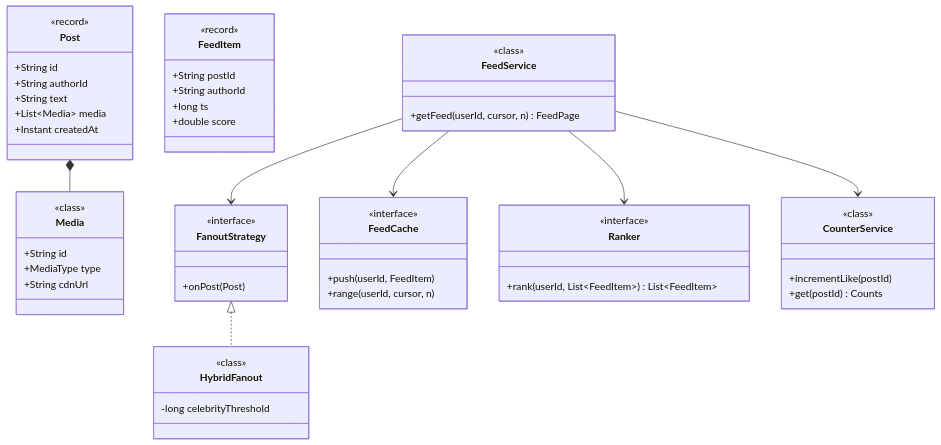
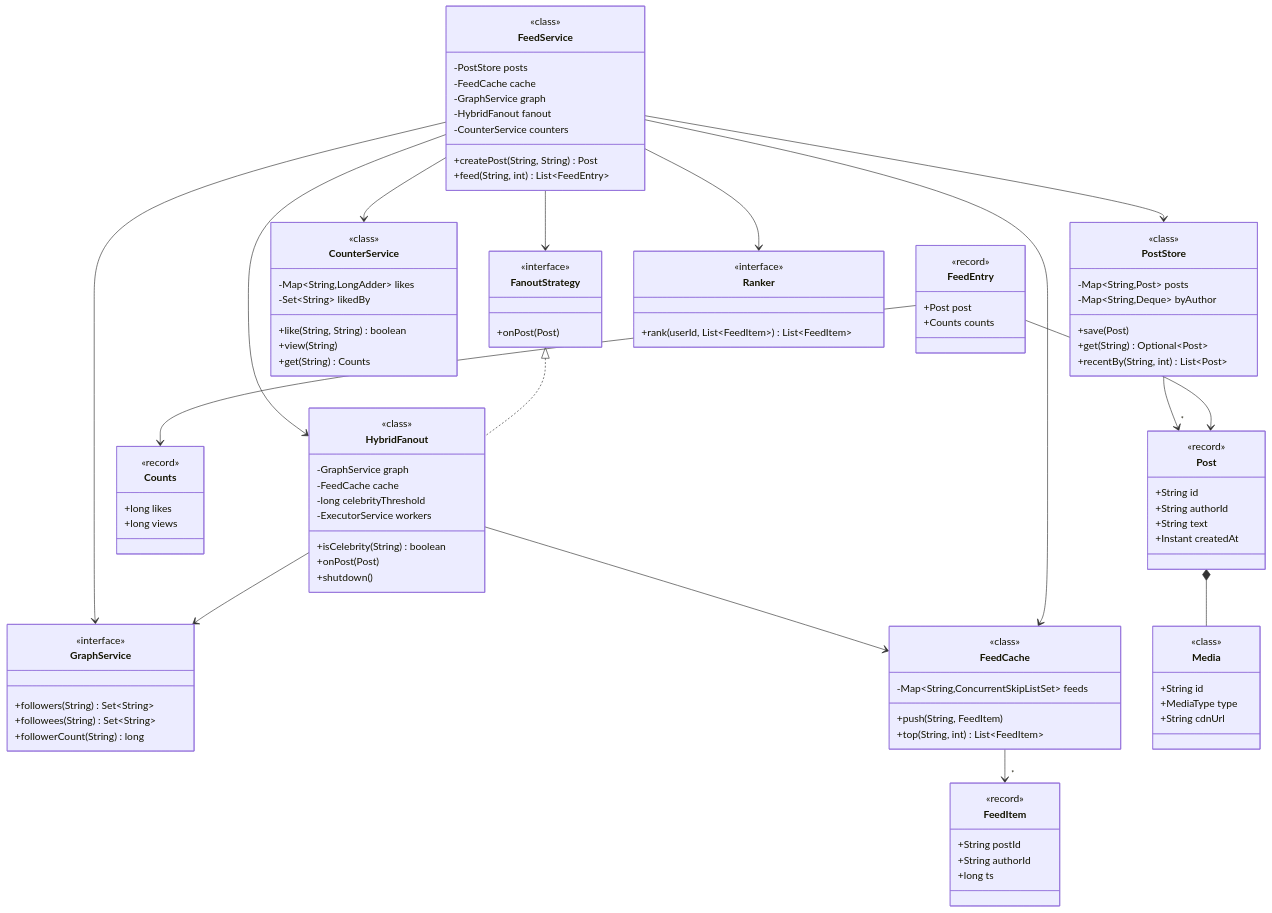
One commit to amarkum/amarkumar.guru changed the first of 2 diagrams in system-design/lld/14-news-feed.md. Above: the diagram before and after it, drawn with Mermaid. The commit also changed 27 other files, not shown here.

Commit message:
Rebuild every UML class diagram from its Java code, add a notes progress tracker, and make diagrams readable with zoom and a legend.

````diff
--- a/system-design/lld/14-news-feed.md
+++ b/system-design/lld/14-news-feed.md
@@ -39,46 +39,89 @@
 ```mermaid
 classDiagram
     class Post {
+      <<record>>
       +String id
       +String authorId
       +String text
-      +List~Media~ media
       +Instant createdAt
-    }
-    class Media {
-      +String id
-      +MediaType type
-      +String cdnUrl
     }
     class FeedItem {
       <<record>>
       +String postId
       +String authorId
       +long ts
-      +double score
+    }
+    class Counts {
+      <<record>>
+      +long likes
+      +long views
+    }
+    class FeedEntry {
+      <<record>>
+      +Post post
+      +Counts counts
+    }
+    class GraphService {
+      <<interface>>
+      +followers(String) Set~String~
+      +followees(String) Set~String~
+      +followerCount(String) long
+    }
+    class PostStore {
+      <<class>>
+      -Map~String,Post~ posts
+      -Map~String,Deque~ byAuthor
+      +save(Post)
+      +get(String) Optional~Post~
+      +recentBy(String, int) List~Post~
+    }
+    class FeedCache {
+      <<class>>
+      -Map~String,ConcurrentSkipListSet~ feeds
+      +push(String, FeedItem)
+      +top(String, int) List~FeedItem~
+    }
+    class CounterService {
+      <<class>>
+      -Map~String,LongAdder~ likes
+      -Set~String~ likedBy
+      +like(String, String) boolean
+      +view(String)
+      +get(String) Counts
     }
     class FanoutStrategy {
       <<interface>>
       +onPost(Post)
     }
     class HybridFanout {
+      <<class>>
+      -GraphService graph
+      -FeedCache cache
       -long celebrityThreshold
+      -ExecutorService workers
+      +isCelebrity(String) boolean
+      +onPost(Post)
+      +shutdown()
     }
-    class FeedCache {
-      <<interface>>
-      +push(userId, FeedItem)
-      +range(userId, cursor, n)
+    class FeedService {
+      <<class>>
+      -PostStore posts
+      -FeedCache cache
+      -GraphService graph
+      -HybridFanout fanout
+      -CounterService counters
+      +createPost(String, String) Post
+      +feed(String, int) List~FeedEntry~
+    }
+    class Media {
+      <<class>>
+      +String id
+      +MediaType type
+      +String cdnUrl
     }
     class Ranker {
       <<interface>>
       +rank(userId, List~FeedItem~) List~FeedItem~
-    }
-    class FeedService {
-      +getFeed(userId, cursor, n) FeedPage
-    }
-    class CounterService {
-      +incrementLike(postId)
-      +get(postId) Counts
     }
     Post *-- Media
     FanoutStrategy <|.. HybridFanout
@@ -86,28 +129,13 @@
     FeedService --> Ranker
     FeedService --> FanoutStrategy
     FeedService --> CounterService
-    class FeedService {
-      <<class>>
-    }
-    class FanoutStrategy {
-      <<interface>>
-    }
-    class FeedCache {
-      <<class>>
-    }
-    class CounterService {
-      <<class>>
-    }
-    class Post {
-      <<record>>
-    }
-    class Media {
-      <<class>>
-    }
-    class Ranker {
-      <<class>>
-    }
-    class HybridFanout {
-      <<class>>
-    }
+    FeedEntry --> Post
+    FeedEntry --> Counts
+    PostStore --> "*" Post
+    FeedCache --> "*" FeedItem
+    HybridFanout --> GraphService
+    HybridFanout --> FeedCache
+    FeedService --> PostStore
+    FeedService --> GraphService
+    FeedService --> HybridFanout
 ```
````
